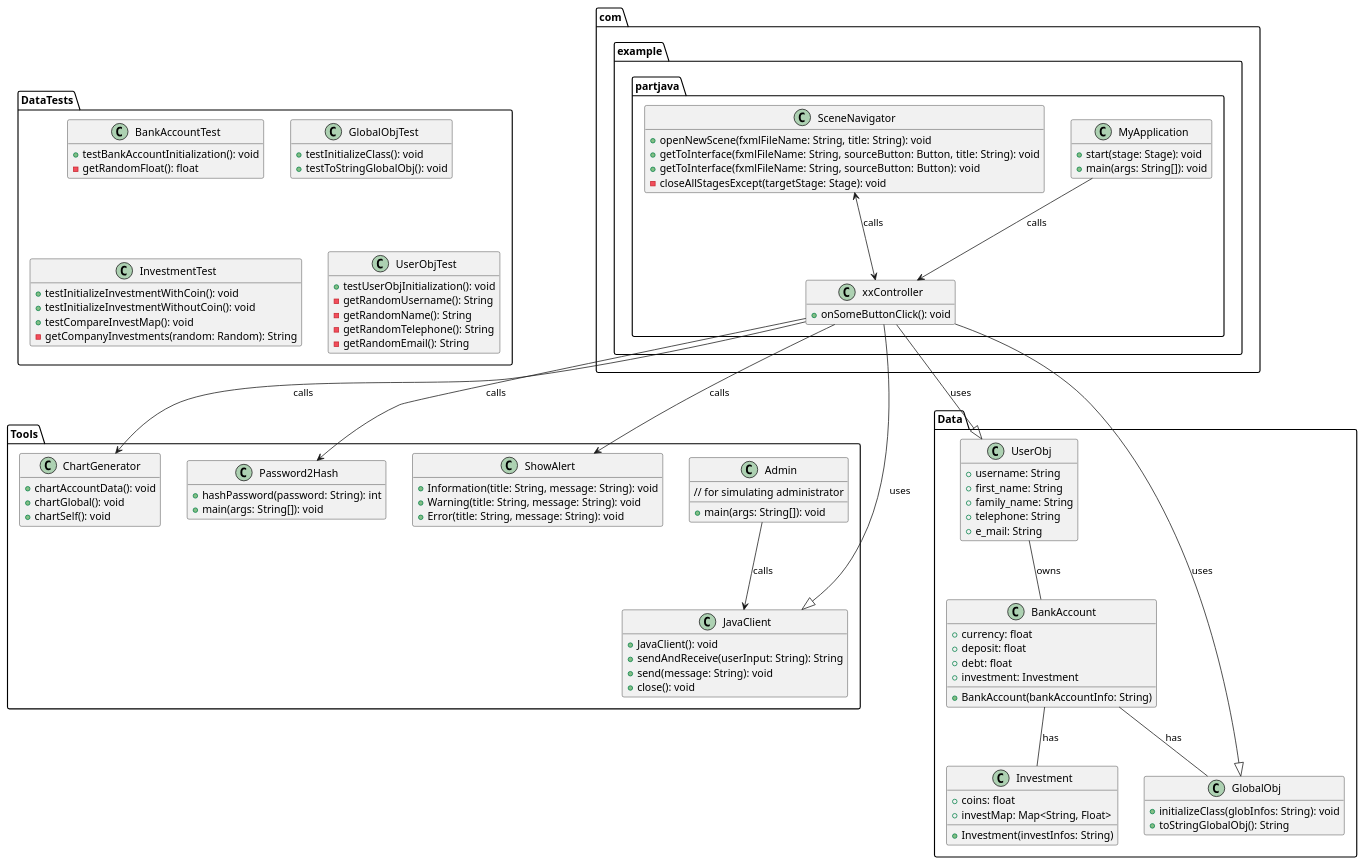
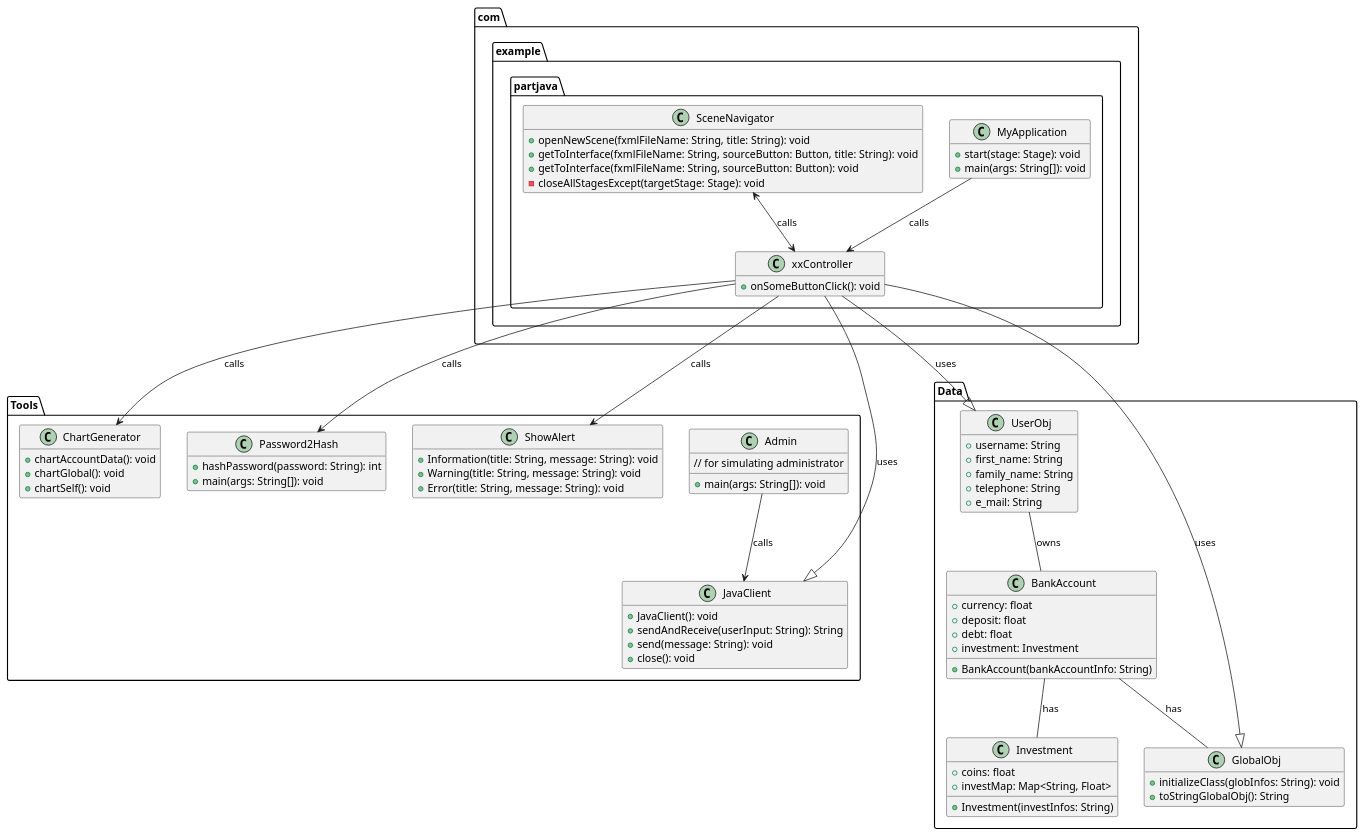
Before and after one commit to JeongHan-Bae/Proj_Final_JV: the diagram in MyProject.puml, drawn with PlantUML.

```diff
--- a/MyProject.puml
+++ b/MyProject.puml
@@ -1,126 +1,100 @@
 @startuml
 hide empty fields
 hide empty methods
 hide empty attributes
 
 package com.example.partjava {
     class MyApplication {
         +start(stage: Stage): void
         +main(args: String[]): void
     }
 
     class SceneNavigator {
         +openNewScene(fxmlFileName: String, title: String): void
         +getToInterface(fxmlFileName: String, sourceButton: Button, title: String): void
         +getToInterface(fxmlFileName: String, sourceButton: Button): void
         -closeAllStagesExcept(targetStage: Stage): void
     }
 
     class xxController {
         +onSomeButtonClick(): void
     }
     MyApplication --> xxController : calls
     SceneNavigator <--> xxController : calls
 }
 
 package Tools {
     class JavaClient {
         +JavaClient(): void
         +sendAndReceive(userInput: String): String
         +send(message: String): void
         +close(): void
     }
 
     class Admin {
         +main(args: String[]): void
         // for simulating administrator
     }
 
     class ChartGenerator {
         +chartAccountData(): void
         +chartGlobal(): void
         +chartSelf(): void
     }
 
     class Password2Hash {
         +hashPassword(password: String): int
         +main(args: String[]): void
     }
 
     class ShowAlert {
         +Information(title: String, message: String): void
         +Warning(title: String, message: String): void
         +Error(title: String, message: String): void
     }
     Admin --> JavaClient : calls
 }
 
 package Data {
     class BankAccount {
         +currency: float
         +deposit: float
         +debt: float
         +investment: Investment
         +BankAccount(bankAccountInfo: String)
     }
 
     class GlobalObj {
         +initializeClass(globInfos: String): void
         +toStringGlobalObj(): String
     }
 
     class Investment {
         +coins: float
         +investMap: Map<String, Float>
         +Investment(investInfos: String)
     }
 
     class UserObj {
         +username: String
         +first_name: String
         +family_name: String
         +telephone: String
         +e_mail: String
     }
     BankAccount -- Investment : has
     BankAccount -- GlobalObj : has
     UserObj -- BankAccount : owns
 }
 
-package DataTests {
-    class BankAccountTest {
-        +testBankAccountInitialization(): void
-        -getRandomFloat(): float
-    }
-
-    class GlobalObjTest {
-        +testInitializeClass(): void
-        +testToStringGlobalObj(): void
-    }
-
-    class InvestmentTest {
-        +testInitializeInvestmentWithCoin(): void
-        +testInitializeInvestmentWithoutCoin(): void
-        +testCompareInvestMap(): void
-        -getCompanyInvestments(random: Random): String
-    }
-
-    class UserObjTest {
-        +testUserObjInitialization(): void
-        -getRandomUsername(): String
-        -getRandomName(): String
-        -getRandomTelephone(): String
-        -getRandomEmail(): String
-    }
-}
 
 xxController --> Tools.ChartGenerator : calls
 xxController --|> Tools.JavaClient : uses
 xxController --> Tools.Password2Hash : calls
 xxController --> Tools.ShowAlert : calls
 xxController --|> Data.UserObj : uses
 xxController --|> Data.GlobalObj : uses
 
 
 
 @enduml
```
